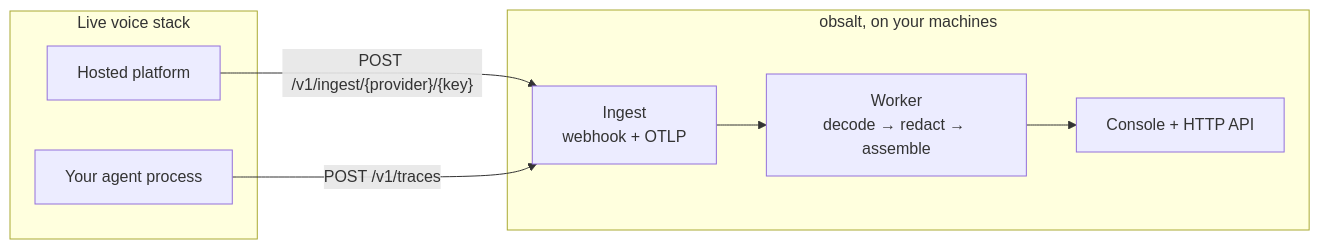
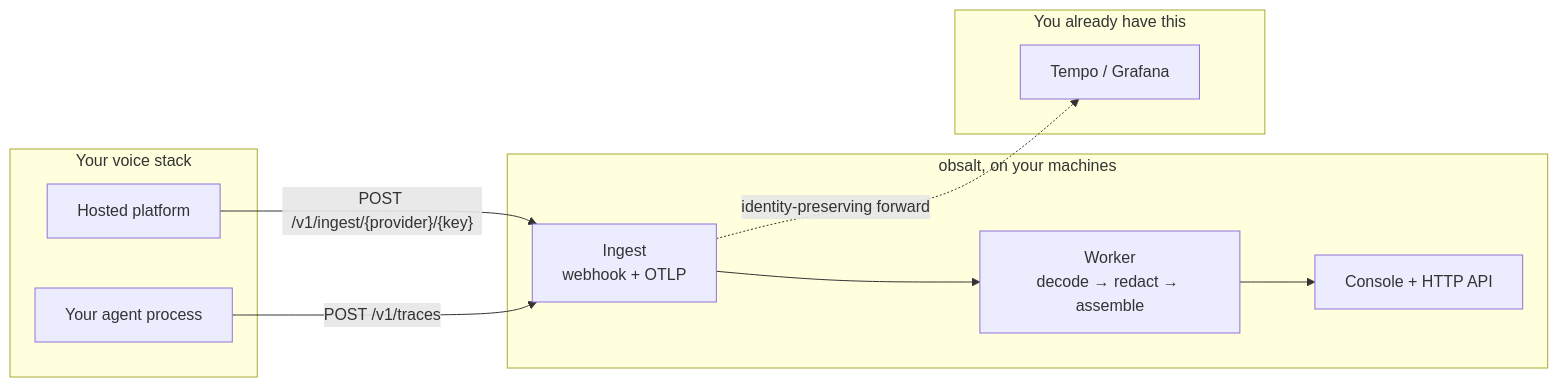
The diagram in README.md (obsalt/obsalt-legacy), drawn with Mermaid before and after one commit. The commit also changed other lines of this file and 23 other files, not shown here.

````diff
--- a/README.md
+++ b/README.md
@@ -39,17 +44,22 @@
 ```mermaid
 flowchart LR
-  subgraph live ["Live voice stack"]
+  subgraph live ["Your voice stack"]
     H["Hosted platform"]
     A["Your agent process"]
   end
 
   subgraph obsalt ["obsalt, on your machines"]
     IN["Ingest<br/>webhook + OTLP"]
     W["Worker<br/>decode → redact → assemble"]
     UI["Console + HTTP API"]
   end
 
+  subgraph keep ["You already have this"]
+    T["Tempo / Grafana"]
+  end
+
   H -->|"POST /v1/ingest/{provider}/{key}"| IN
   A -->|"POST /v1/traces"| IN
   IN --> W --> UI
+  IN -.->|"identity-preserving forward"| T
 ```
````
